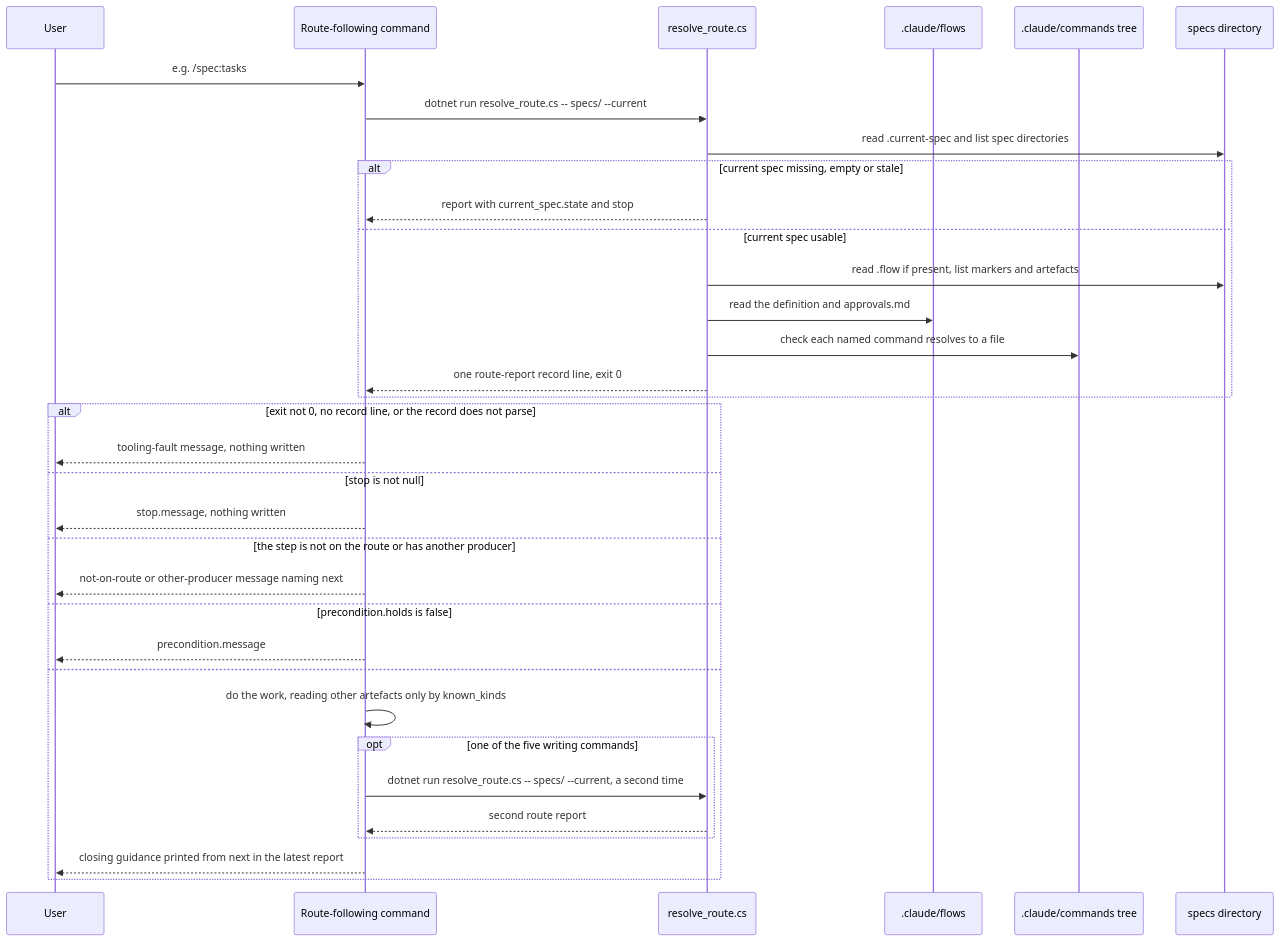
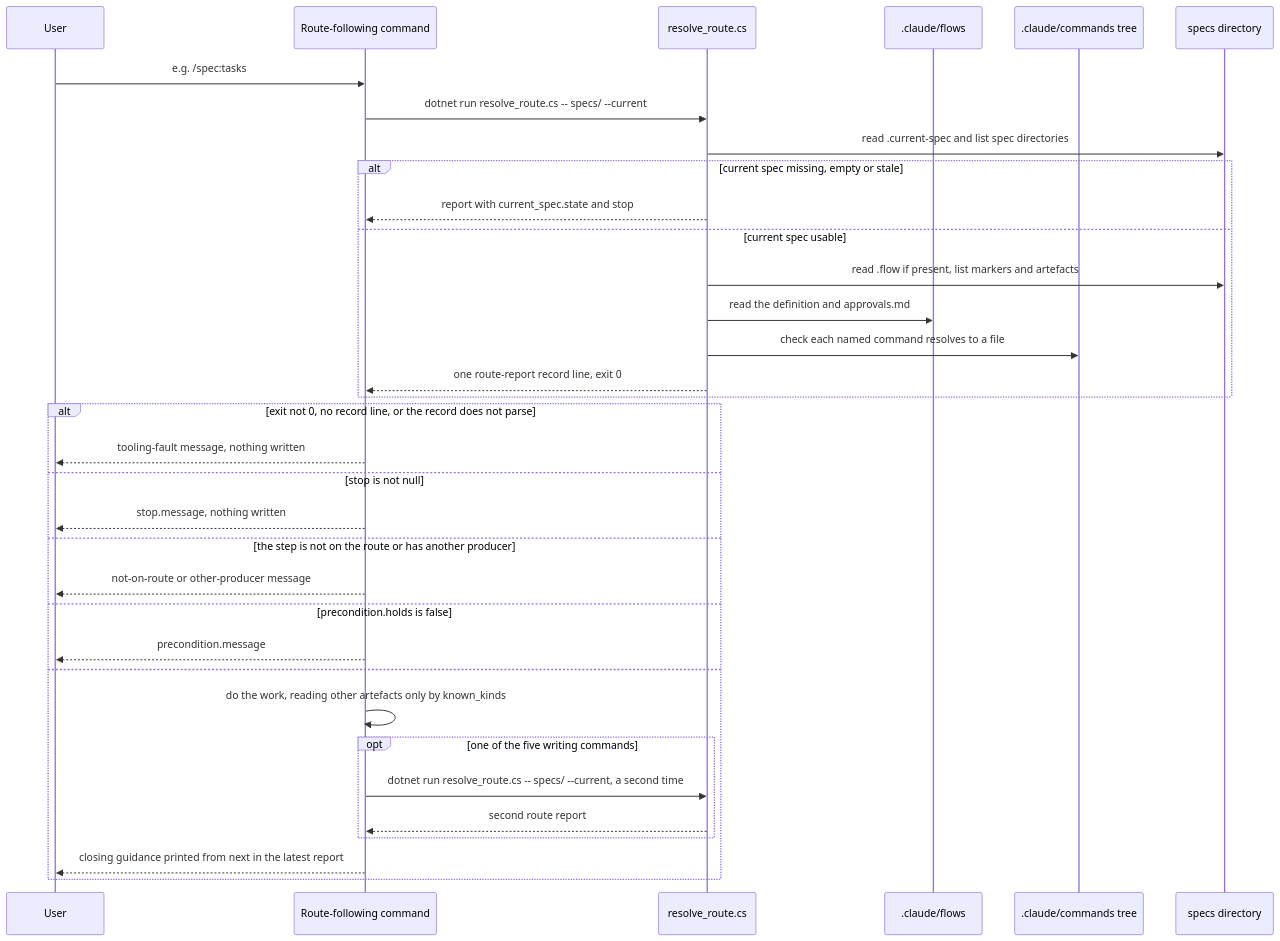
The first of 3 diagrams in docs/adr/0089-slips-resolver-and-routing.md (BrighterCommand/Brighter), drawn with Mermaid before and after one commit. The commit also changed other lines of this file, not shown here.

````diff
--- a/docs/adr/0089-slips-resolver-and-routing.md
+++ b/docs/adr/0089-slips-resolver-and-routing.md
@@ -146,36 +148,36 @@
 ```mermaid
 sequenceDiagram
     participant U as User
     participant C as Route-following command
     participant R as resolve_route.cs
     participant F as .claude/flows
     participant T as .claude/commands tree
     participant S as specs directory
     U->>C: e.g. /spec:tasks
     C->>R: dotnet run resolve_route.cs -- specs/ --current
     R->>S: read .current-spec and list spec directories
     alt current spec missing, empty or stale
         R-->>C: report with current_spec.state and stop
     else current spec usable
         R->>S: read .flow if present, list markers and artefacts
         R->>F: read the definition and approvals.md
         R->>T: check each named command resolves to a file
         R-->>C: one route-report record line, exit 0
     end
     alt exit not 0, no record line, or the record does not parse
         C-->>U: tooling-fault message, nothing written
     else stop is not null
         C-->>U: stop.message, nothing written
     else the step is not on the route or has another producer
-        C-->>U: not-on-route or other-producer message naming next
+        C-->>U: not-on-route or other-producer message
     else precondition.holds is false
         C-->>U: precondition.message
     else
         C->>C: do the work, reading other artefacts only by known_kinds
         opt one of the five writing commands
             C->>R: dotnet run resolve_route.cs -- specs/ --current, a second time
             R-->>C: second route report
         end
         C-->>U: closing guidance printed from next in the latest report
     end
 ```
````
